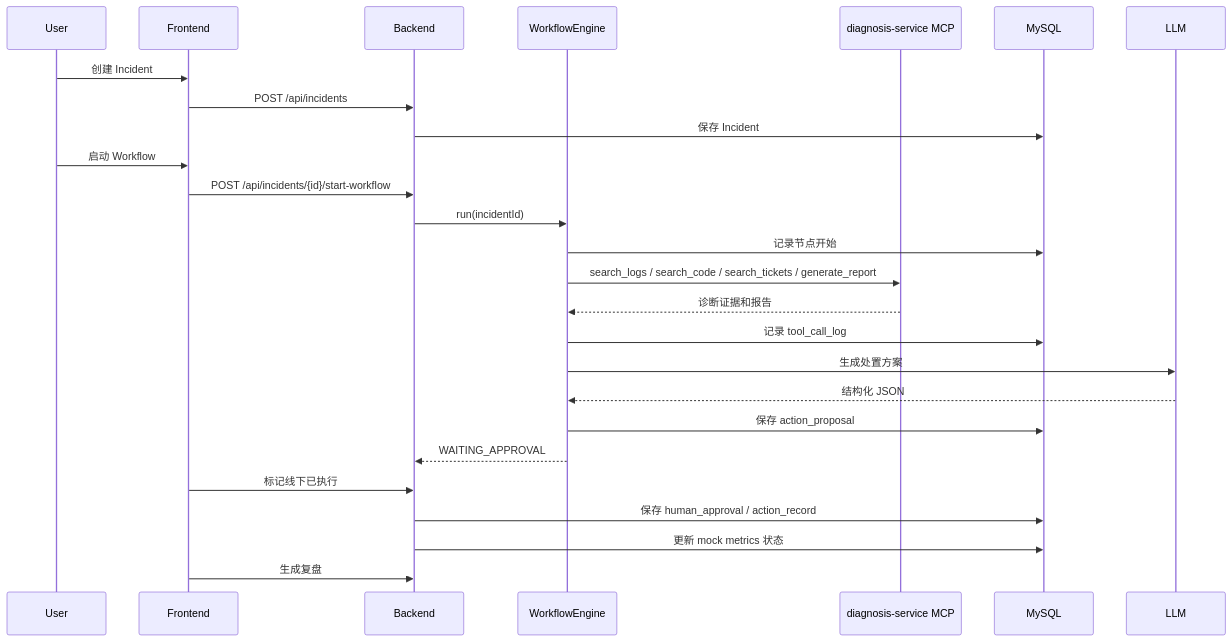
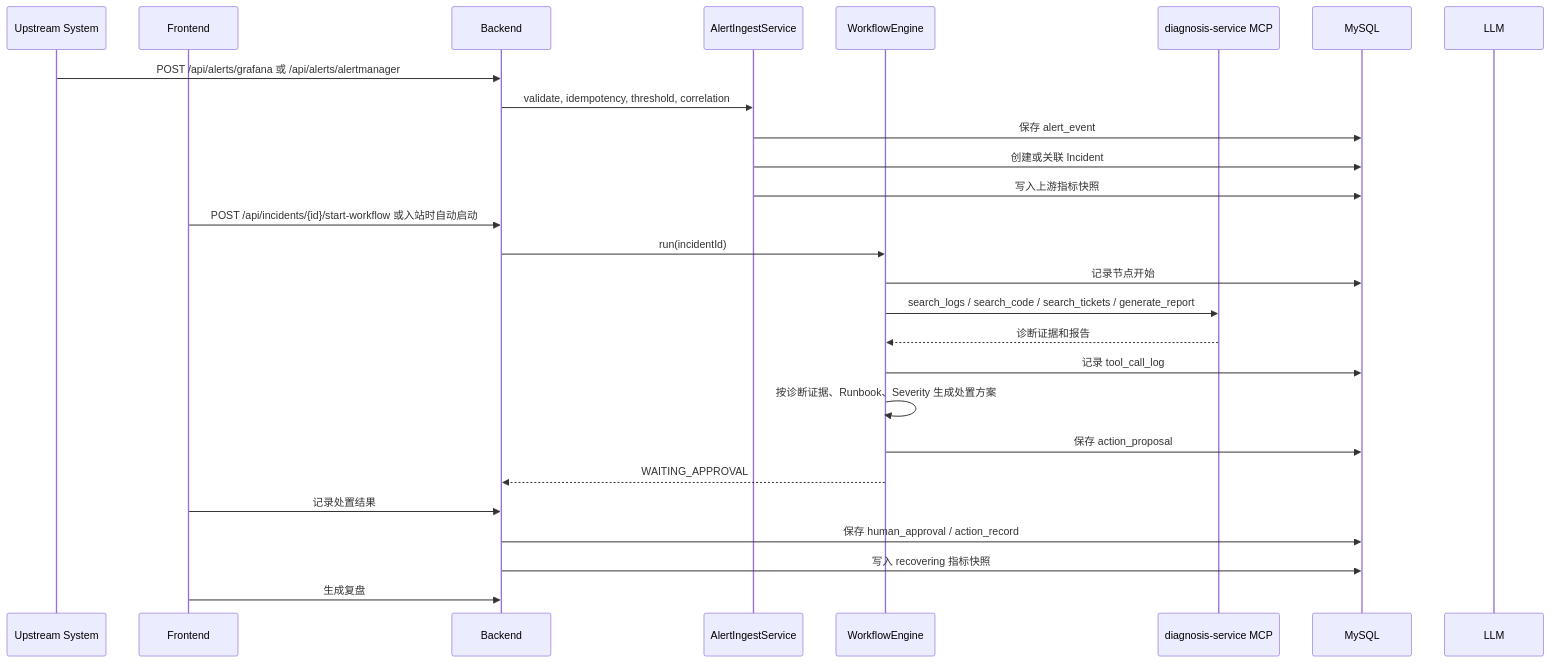
The second of 3 diagrams in docs/TECH_DESIGN.md (CarlosYonng/ai-incident-copilot), drawn with Mermaid before and after one commit. The commit also changed other lines of this file and 91 other files, not shown here.

````diff
--- a/docs/TECH_DESIGN.md
+++ b/docs/TECH_DESIGN.md
@@ -80,29 +87,30 @@
 ```mermaid
 sequenceDiagram
-  participant U as User
+  participant S as Upstream System
   participant FE as Frontend
   participant BE as Backend
+  participant ING as AlertIngestService
   participant WF as WorkflowEngine
   participant MCP as diagnosis-service MCP
   participant DB as MySQL
   participant LLM as LLM
 
-  U->>FE: 创建 Incident
-  FE->>BE: POST /api/incidents
-  BE->>DB: 保存 Incident
-  U->>FE: 启动 Workflow
-  FE->>BE: POST /api/incidents/{id}/start-workflow
+  S->>BE: POST /api/alerts/grafana 或 /api/alerts/alertmanager
+  BE->>ING: validate, idempotency, threshold, correlation
+  ING->>DB: 保存 alert_event
+  ING->>DB: 创建或关联 Incident
+  ING->>DB: 写入上游指标快照
+  FE->>BE: POST /api/incidents/{id}/start-workflow 或入站时自动启动
   BE->>WF: run(incidentId)
   WF->>DB: 记录节点开始
   WF->>MCP: search_logs / search_code / search_tickets / generate_report
   MCP-->>WF: 诊断证据和报告
   WF->>DB: 记录 tool_call_log
-  WF->>LLM: 生成处置方案
-  LLM-->>WF: 结构化 JSON
+  WF->>WF: 按诊断证据、Runbook、Severity 生成处置方案
   WF->>DB: 保存 action_proposal
   WF-->>BE: WAITING_APPROVAL
-  FE->>BE: 标记线下已执行
+  FE->>BE: 记录处置结果
   BE->>DB: 保存 human_approval / action_record
-  BE->>DB: 更新 mock metrics 状态
+  BE->>DB: 写入 recovering 指标快照
   FE->>BE: 生成复盘
 ```
````
